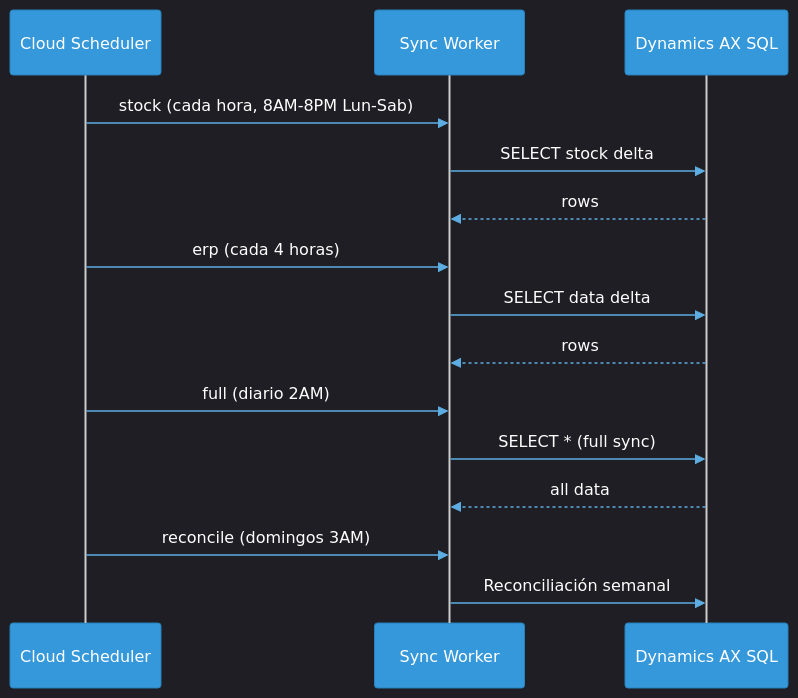
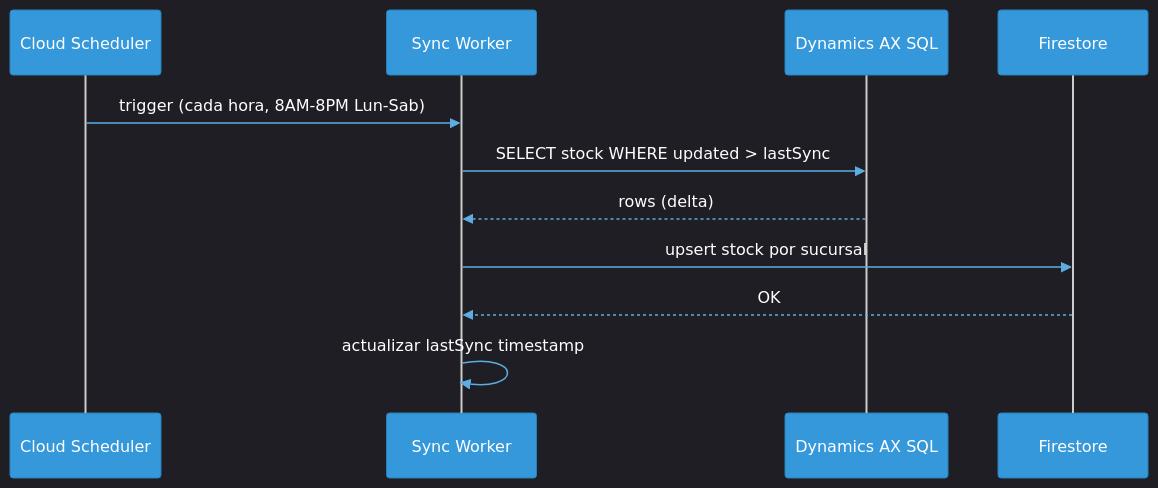
The eighth of 22 diagrams in presentations/architecture/enterprise-integration-platform-detailed.md (developer-implementos/integration-presentations), drawn with Mermaid before and after one commit. The commit also changed other lines of this file and 42 other files, not shown here.

````diff
--- a/presentations/architecture/enterprise-integration-platform-detailed.md
+++ b/presentations/architecture/enterprise-integration-platform-detailed.md
@@ -1247,22 +1247,15 @@
 ```mermaid
 %%{init: {'theme': 'dark', 'themeVariables': {'lineColor': '#5dade2', 'actorTextColor': '#fff', 'signalTextColor': '#fff', 'actorBkg': '#3498db', 'actorBorder': '#2980b9', 'signalColor': '#5dade2'}}}%%
 sequenceDiagram
     participant CS as Cloud Scheduler
     participant SW as Sync Worker
     participant AX as Dynamics AX SQL
+    participant FS as Firestore
 
-    CS->>SW: stock (cada hora, 8AM-8PM Lun-Sab)
-    SW->>AX: SELECT stock delta
-    AX-->>SW: rows
-
-    CS->>SW: erp (cada 4 horas)
-    SW->>AX: SELECT data delta
-    AX-->>SW: rows
-
-    CS->>SW: full (diario 2AM)
-    SW->>AX: SELECT * (full sync)
-    AX-->>SW: all data
-
-    CS->>SW: reconcile (domingos 3AM)
-    SW->>AX: Reconciliación semanal
+    CS->>SW: trigger (cada hora, 8AM-8PM Lun-Sab)
+    SW->>AX: SELECT stock WHERE updated > lastSync
+    AX-->>SW: rows (delta)
+    SW->>FS: upsert stock por sucursal
+    FS-->>SW: OK
+    SW->>SW: actualizar lastSync timestamp
 ```
````
